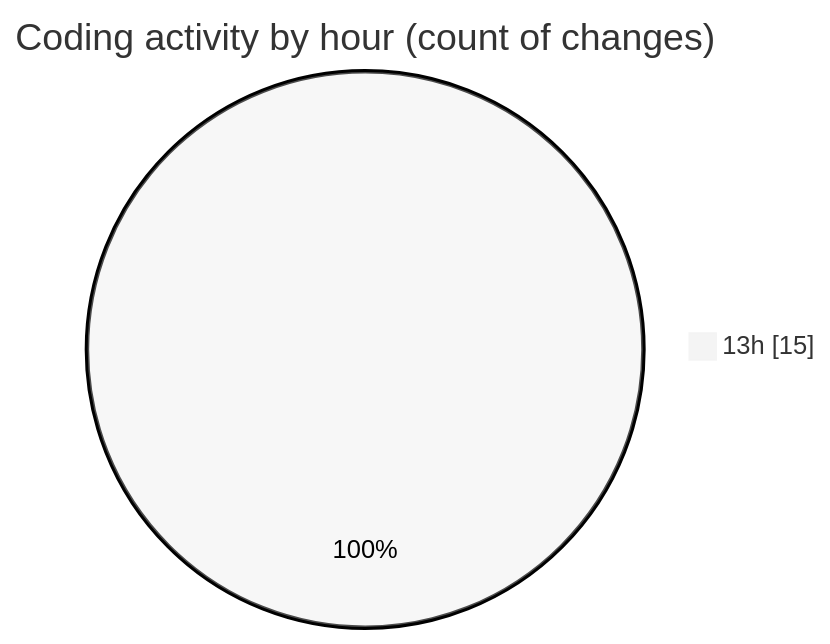
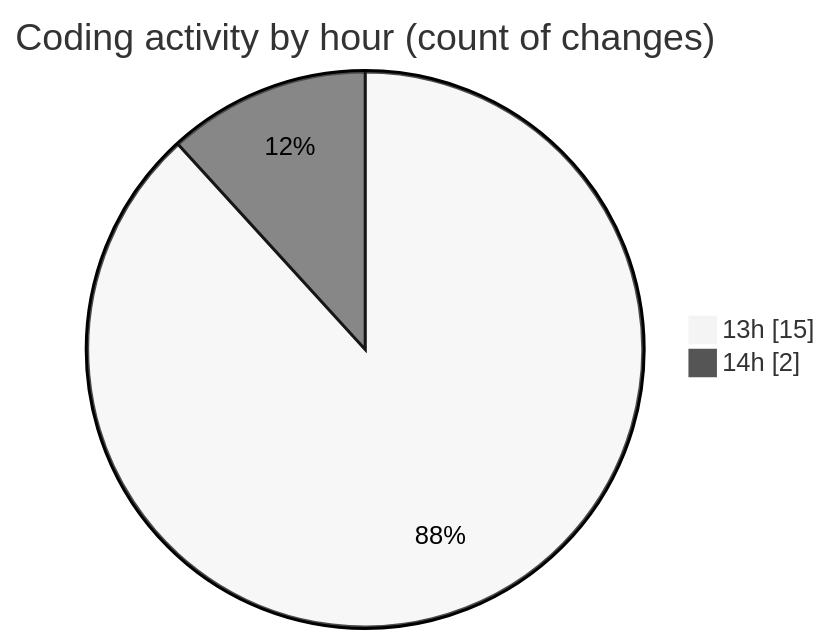
Before and after one commit to idhammustaqopulfikri/code-tracking: the second of 2 diagrams in 2025-05-15/bookingpodcas/README.md, drawn with Mermaid (neutral theme). The commit also changed other lines of this file and 1 other file, not shown here.

````diff
--- a/2025-05-15/bookingpodcas/README.md
+++ b/2025-05-15/bookingpodcas/README.md
@@ -35,5 +35,6 @@
 ```mermaid
 pie showData
 title Coding activity by hour (count of changes)
 "13h" : 15
+"14h" : 2
 ```
````
